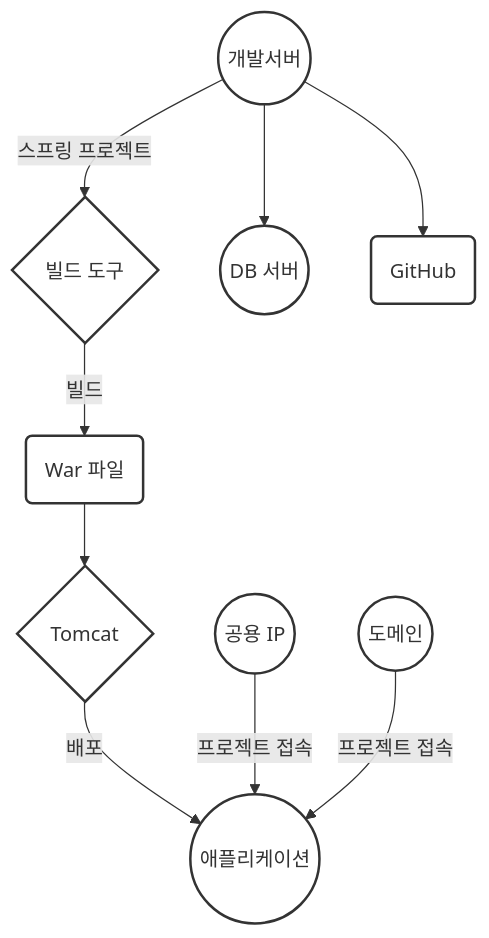
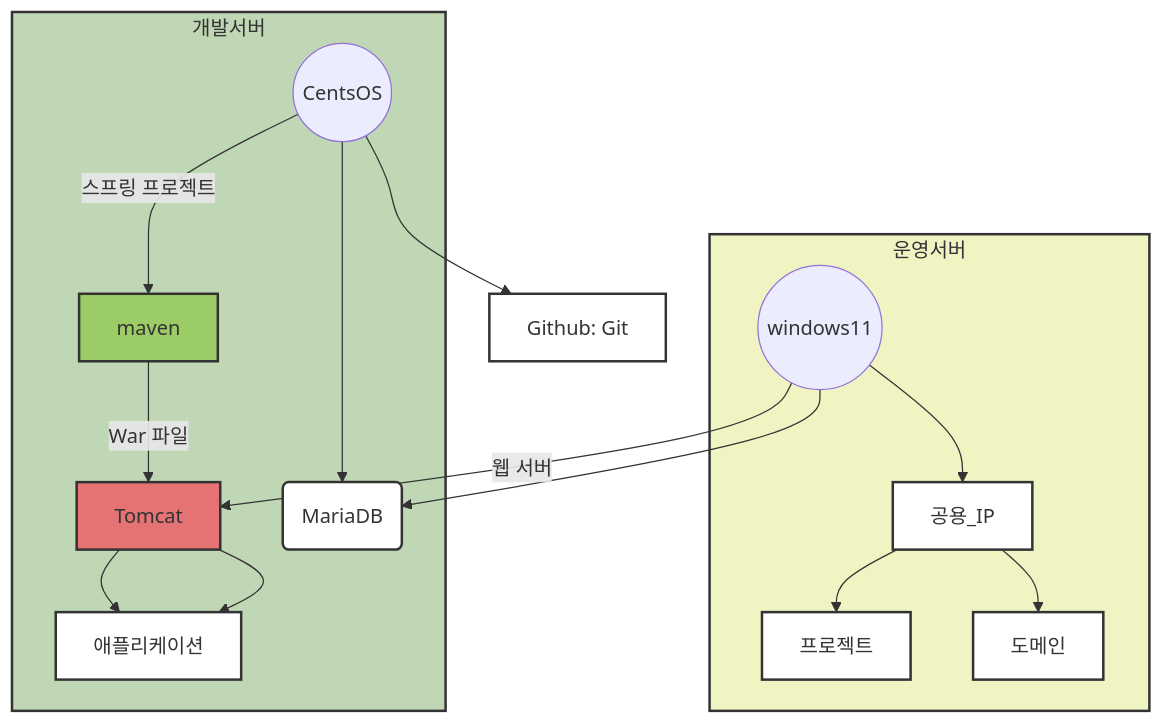
The diagram in README.md (sujins0311/Board), drawn with Mermaid before and after one commit. The commit also changed other lines of this file, not shown here.

````diff
--- a/README.md
+++ b/README.md
@@ -80,22 +80,32 @@
 ```mermaid
 graph TD;
-    A((개발서버)) -->|스프링 프로젝트| B{빌드 도구};
-    B -->|빌드| C(War 파일);
-    C --> D{Tomcat};
-    D -->|배포| E((애플리케이션));
-    A --> F((DB 서버));
-    A --> G(GitHub);
 
-    H((공용 IP)) -->|프로젝트 접속| E;
-    I((도메인)) -->|프로젝트 접속| E;
+    subgraph 개발서버
+        A((CentsOS)) -->|스프링 프로젝트|maven;
+        maven -->|War 파일| Tomcat;
+        Tomcat --> 애플리케이션;
+        A --> DB서버(MariaDB);
+    end
 
-    style A fill:#fff,stroke:#333,stroke-width:2px;
-    style B fill:#fff,stroke:#333,stroke-width:2px;
-    style C fill:#fff,stroke:#333,stroke-width:2px;
-    style D fill:#fff,stroke:#333,stroke-width:2px;
-    style E fill:#fff,stroke:#333,stroke-width:2px;
-    style F fill:#fff,stroke:#333,stroke-width:2px;
-    style G fill:#fff,stroke:#333,stroke-width:2px;
-    style H fill:#fff,stroke:#333,stroke-width:2px;
-    style I fill:#fff,stroke:#333,stroke-width:2px;
+    subgraph 운영서버
+        B((windows11)) -->|웹 서버| Tomcat;
+        Tomcat --> 애플리케이션;
+        B --> DB서버(MariaDB);
+        B --> 공용_IP;
+        공용_IP --> 프로젝트;
+        공용_IP --> 도메인;
+    end
+
+    A --> GitHub[Github: Git];
+
+    style 개발서버 fill:#BFD7B5,stroke:#333,stroke-width:2px;
+    style 운영서버 fill:#F0F4C3,stroke:#333,stroke-width:2px;
+    style maven fill:#9CCC65,stroke:#333,stroke-width:2px;
+    style Tomcat fill:#E57373,stroke:#333,stroke-width:2px;
+    style 애플리케이션 fill:#fff,stroke:#333,stroke-width:2px;
+    style DB서버 fill:#fff,stroke:#333,stroke-width:2px;
+    style 공용_IP fill:#fff,stroke:#333,stroke-width:2px;
+    style 프로젝트 fill:#fff,stroke:#333,stroke-width:2px;
+    style 도메인 fill:#fff,stroke:#333,stroke-width:2px;
+    style GitHub fill:#fff,stroke:#333,stroke-width:2px;
 ```
````
